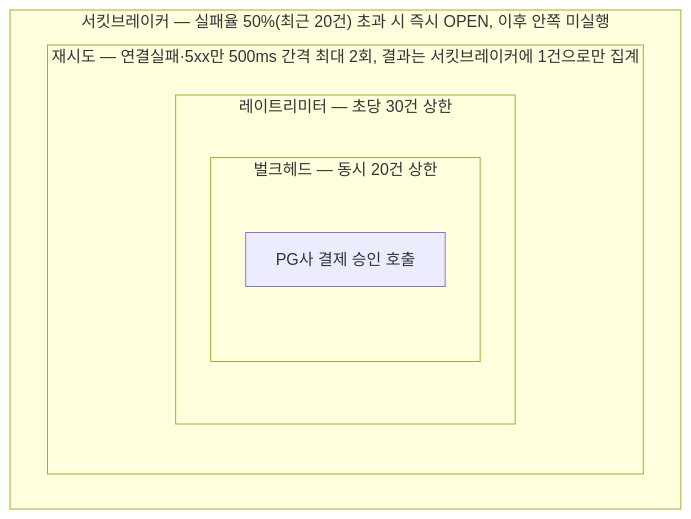
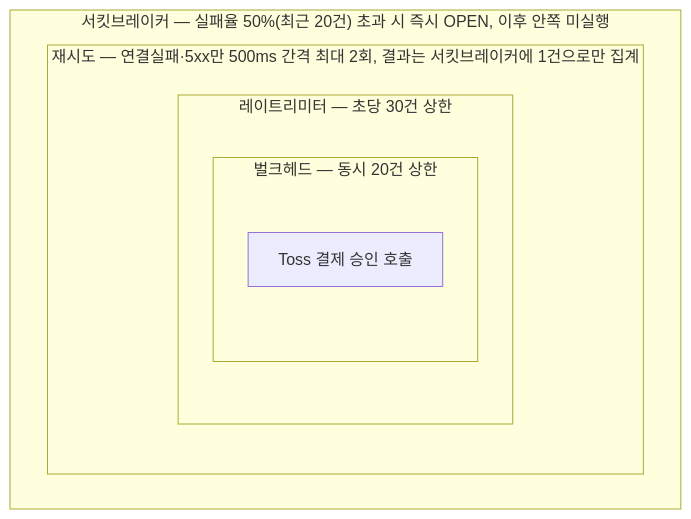
Before and after one commit to Jinpyo-An/Jinpyo-An.github.io: the diagram in src/content/projects/project-1/troubleshooting/toss-payment-resilience-layers/index.md, drawn with Mermaid. The commit also changed other lines of this file and 5 other files, not shown here.

````diff
--- a/src/content/projects/project-1/troubleshooting/toss-payment-resilience-layers/index.md
+++ b/src/content/projects/project-1/troubleshooting/toss-payment-resilience-layers/index.md
@@ -25,12 +25,12 @@
 ```mermaid
 flowchart TB
     subgraph L1["서킷브레이커 — 실패율 50%(최근 20건) 초과 시 즉시 OPEN, 이후 안쪽 미실행"]
         subgraph L2["재시도 — 연결실패·5xx만 500ms 간격 최대 2회, 결과는 서킷브레이커에 1건으로만 집계"]
             subgraph L3["레이트리미터 — 초당 30건 상한"]
                 subgraph L4["벌크헤드 — 동시 20건 상한"]
-                    CALL["PG사 결제 승인 호출"]
+                    CALL["Toss 결제 승인 호출"]
                 end
             end
         end
     end
 ```
````
